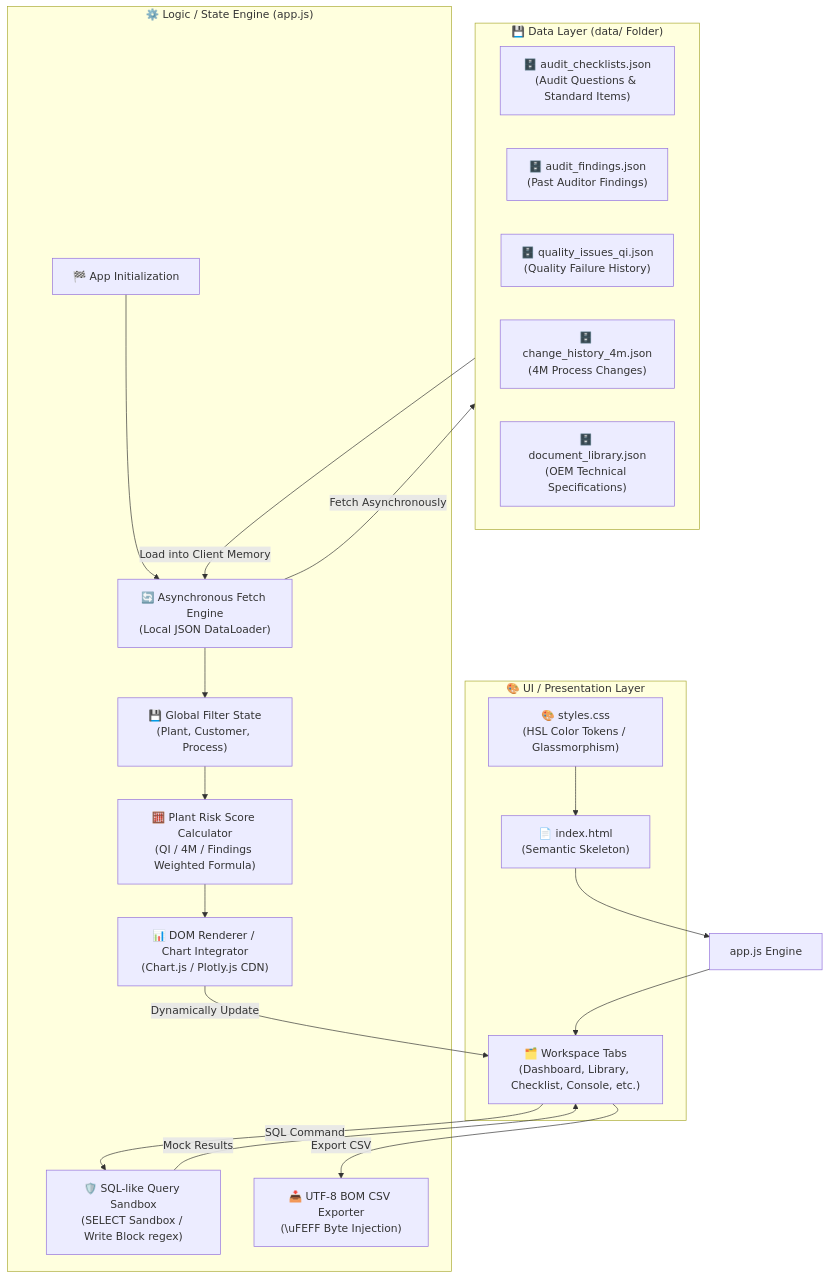
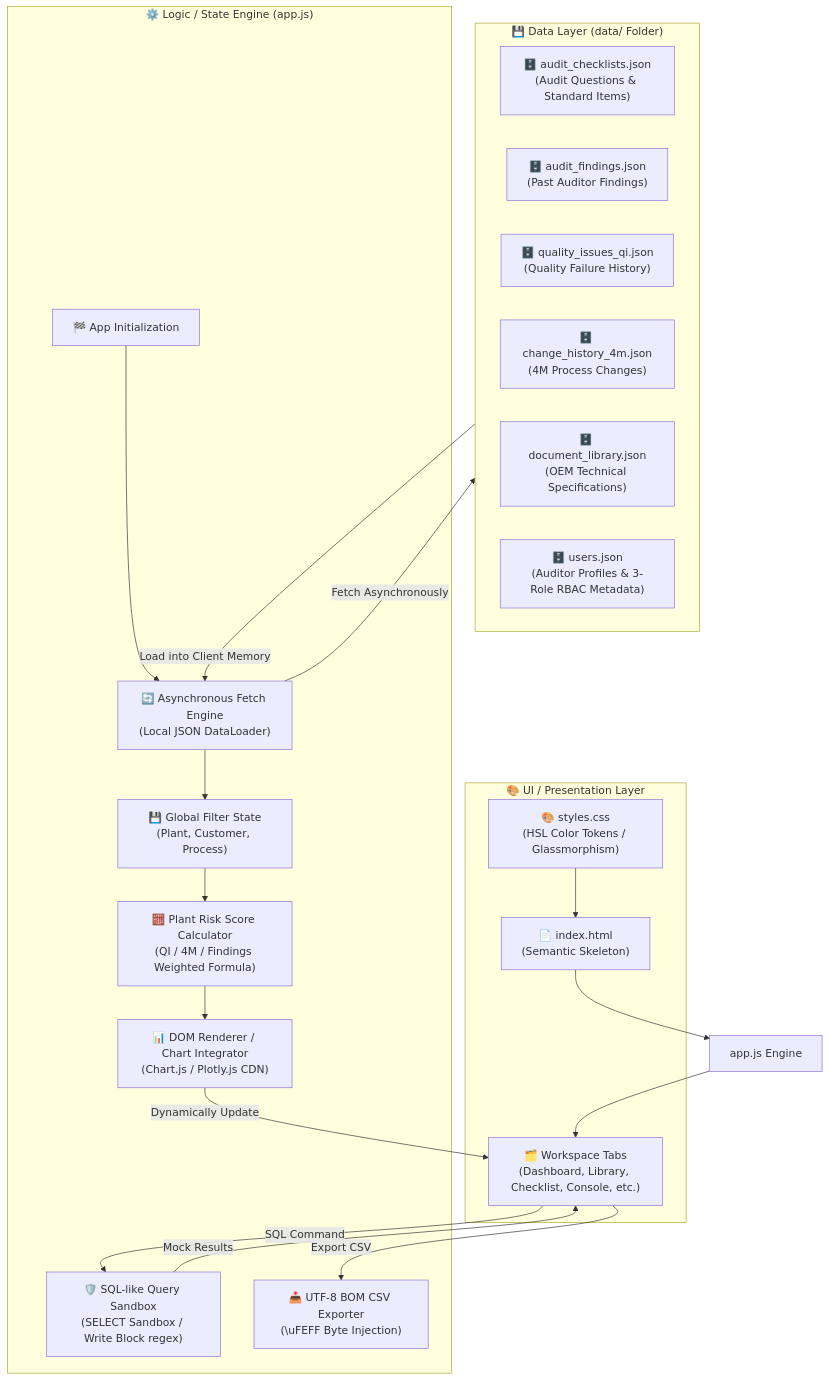
The diagram in context/12_project_structure_and_coding_rules.md (jumasi-34/RiskHunter), drawn with Mermaid before and after one commit. The commit also changed other lines of this file and 22 other files, not shown here.

````diff
--- a/context/12_project_structure_and_coding_rules.md
+++ b/context/12_project_structure_and_coding_rules.md
@@ -11,47 +11,48 @@
 ```mermaid
 graph TD
     subgraph UI_Layer ["🎨 UI / Presentation Layer"]
         HTML["📄 index.html<br>(Semantic Skeleton)"]
         CSS["🎨 styles.css<br>(HSL Color Tokens / Glassmorphism)"]
         Tab["🗂️ Workspace Tabs<br>(Dashboard, Library, Checklist, Console, etc.)"]
     end
 
     subgraph Logic_Layer ["⚙️ Logic / State Engine (app.js)"]
         Init["🏁 App Initialization"]
         FetchEngine["🔄 Asynchronous Fetch Engine<br>(Local JSON DataLoader)"]
         State["💾 Global Filter State<br>(Plant, Customer, Process)"]
         RiskCalc["🧮 Plant Risk Score Calculator<br>(QI / 4M / Findings Weighted Formula)"]
         UIRender["📊 DOM Renderer / Chart Integrator<br>(Chart.js / Plotly.js CDN)"]
         SQLSandbox["🛡️ SQL-like Query Sandbox<br>(SELECT Sandbox / Write Block regex)"]
         CSVExport["📥 UTF-8 BOM CSV Exporter<br>(\uFEFF Byte Injection)"]
     end
 
     subgraph Data_Layer ["💾 Data Layer (data/ Folder)"]
         JSON_Checklist["🗄️ audit_checklists.json<br>(Audit Questions & Standard Items)"]
         JSON_Findings["🗄️ audit_findings.json<br>(Past Auditor Findings)"]
         JSON_QI["🗄️ quality_issues_qi.json<br>(Quality Failure History)"]
         JSON_4M["🗄️ change_history_4m.json<br>(4M Process Changes)"]
         JSON_Doc["🗄️ document_library.json<br>(OEM Technical Specifications)"]
+        JSON_Users["🗄️ users.json<br>(Auditor Profiles & 3-Role RBAC Metadata)"]
     end
 
     %% UI to Logic
     HTML --> AppJS["app.js Engine"]
     CSS --> HTML
     AppJS --> Tab
     
     %% Initialization flow
     Init --> FetchEngine
     FetchEngine -->|Fetch Asynchronously| Data_Layer
     Data_Layer -->|Load into Client Memory| FetchEngine
     FetchEngine --> State
     
     %% Logic operations
     State --> RiskCalc
     RiskCalc --> UIRender
     UIRender -->|Dynamically Update| Tab
     
     %% Security & Exports
     Tab -->|SQL Command| SQLSandbox
     SQLSandbox -->|Mock Results| Tab
     Tab -->|Export CSV| CSVExport
 ```
````
